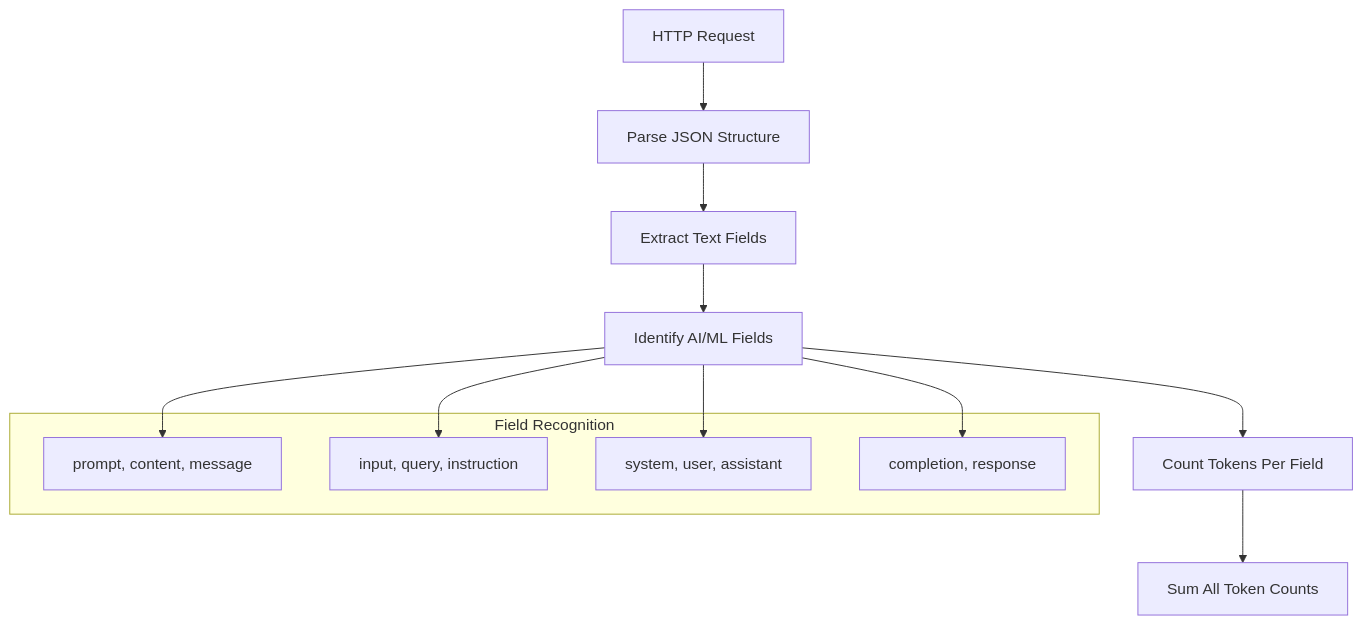
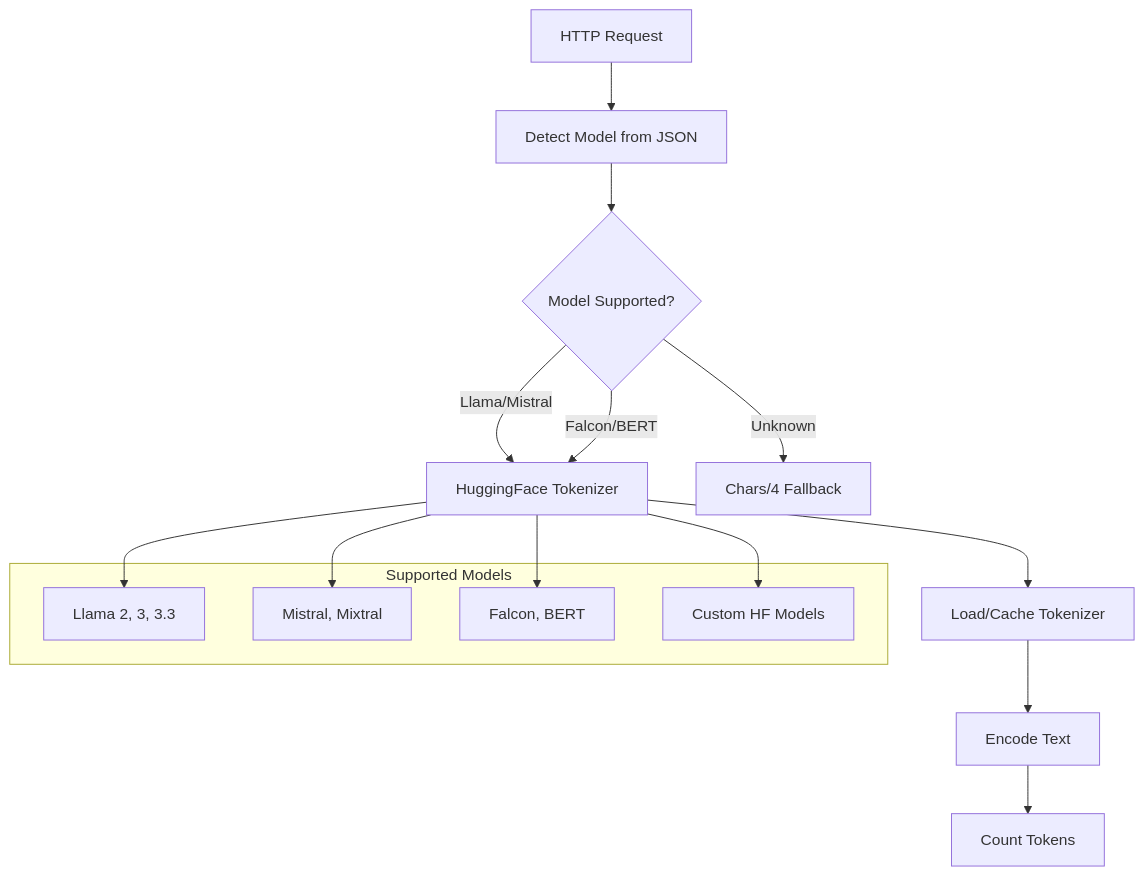
One commit to scrtlabs/secret-ai-caddy changed the first of 6 diagrams in METERING.md. Above: the diagram before and after it, drawn with Mermaid. The commit also changed other lines of this file and 10 other files, not shown here.

````diff
--- a/METERING.md
+++ b/METERING.md
@@ -27,20 +45,25 @@
 ```mermaid
 flowchart TB
-    A[HTTP Request] --> B[Parse JSON Structure]
-    B --> C[Extract Text Fields]
-    C --> D[Identify AI/ML Fields]
-    D --> E[Count Tokens Per Field]
-    E --> F[Sum All Token Counts]
-    
-    subgraph "Field Recognition"
-        G[prompt, content, message]
-        H[input, query, instruction]
-        I[system, user, assistant]
-        J[completion, response]
+    A[HTTP Request] --> B[Detect Model from JSON]
+    B --> C{Model Supported?}
+
+    C -->|Llama/Mistral| D[HuggingFace Tokenizer]
+    C -->|Falcon/BERT| D
+    C -->|Unknown| E[Chars/4 Fallback]
+
+    D --> F[Load/Cache Tokenizer]
+    F --> G[Encode Text]
+    G --> H[Count Tokens]
+
+    subgraph "Supported Models"
+        I[Llama 2, 3, 3.3]
+        J[Mistral, Mixtral]
+        K[Falcon, BERT]
+        L[Custom HF Models]
     end
-    
-    D --> G
-    D --> H
+
     D --> I
     D --> J
+    D --> K
+    D --> L
 ```
````
